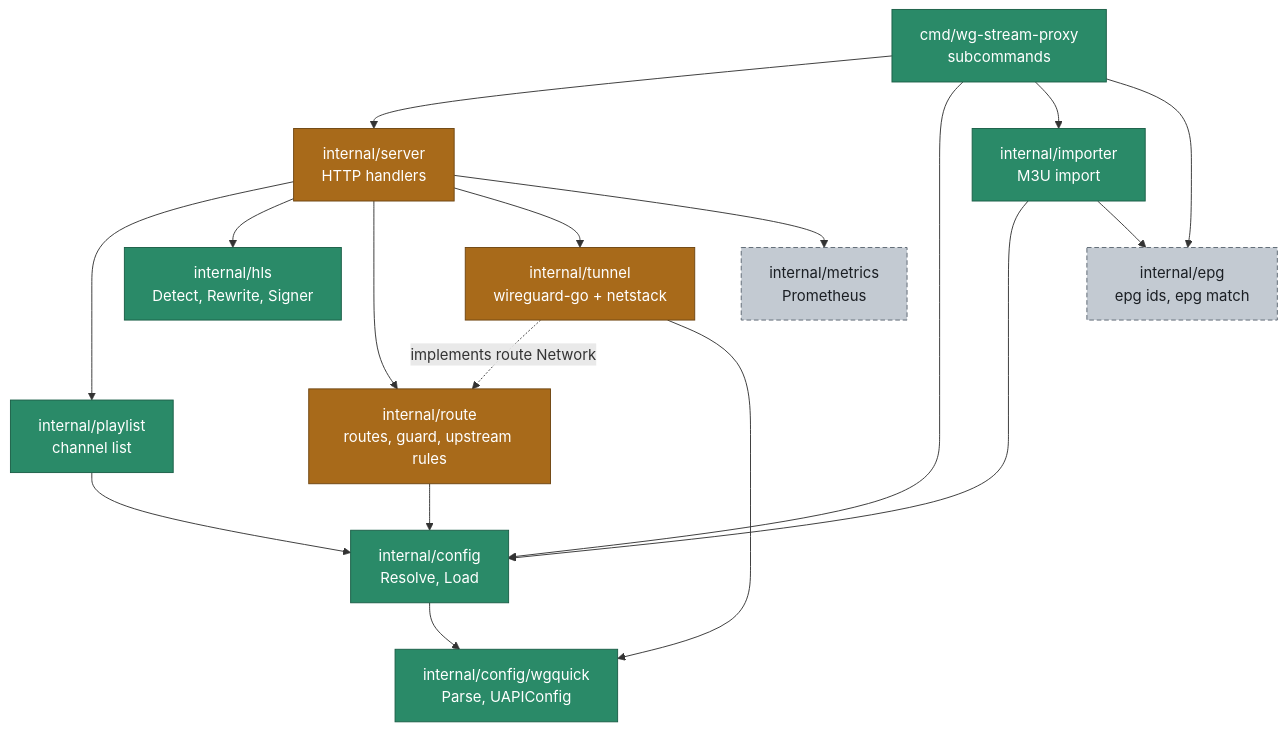
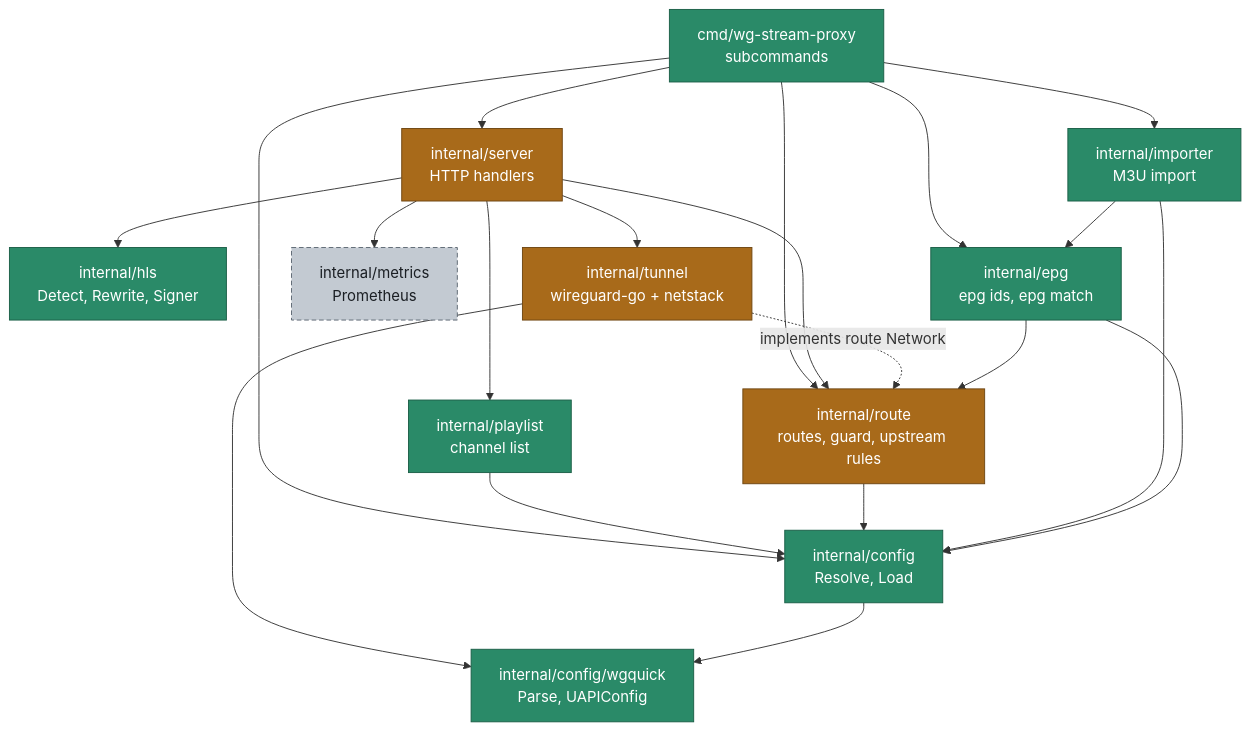
One commit to KingOfKalk/wg-stream-proxy changed the tenth of 13 diagrams in docs/architecture.md. Above: the diagram before and after it, drawn with Mermaid. The commit also changed other lines of this file and 28 other files, not shown here.

Commit message:
feat(epg): add epg ids and epg match (#52)

````diff
--- a/docs/architecture.md
+++ b/docs/architecture.md
@@ -439,27 +441,28 @@
 ```mermaid
 flowchart TD
     main["cmd/wg-stream-proxy<br/>subcommands"]:::done
     server["internal/server<br/>HTTP handlers"]:::wip
     playlist["internal/playlist<br/>channel list"]:::done
     hls["internal/hls<br/>Detect, Rewrite, Signer"]:::done
     route["internal/route<br/>routes, guard, upstream rules"]:::wip
     tunnel["internal/tunnel<br/>wireguard-go + netstack"]:::wip
     config["internal/config<br/>Resolve, Load"]:::done
     wgquick["internal/config/wgquick<br/>Parse, UAPIConfig"]:::done
     metrics["internal/metrics<br/>Prometheus"]:::todo
     importer["internal/importer<br/>M3U import"]:::done
-    epg["internal/epg<br/>epg ids, epg match"]:::todo
+    epg["internal/epg<br/>epg ids, epg match"]:::done
 
-    main --> server & config & importer & epg
+    main --> server & config & importer & epg & route
     server --> playlist & hls & route & tunnel & metrics
     playlist --> config
     route --> config
     tunnel -. "implements route Network" .-> route
     tunnel --> wgquick
     config --> wgquick
     importer --> config & epg
+    epg --> config & route
 
     classDef done fill:#2a8a68,stroke:#1a5e46,color:#ffffff
     classDef wip fill:#a86a1a,stroke:#6e4511,color:#ffffff
     classDef todo fill:#c3cad2,stroke:#5b6670,color:#1b1f24,stroke-dasharray:5 3
 ```
````
